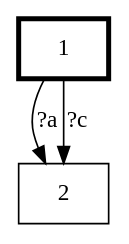
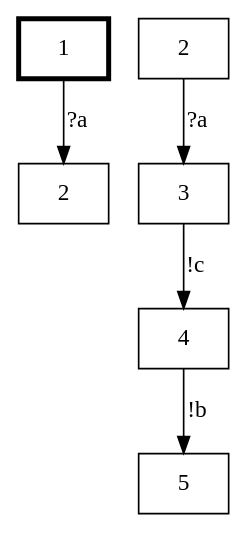
One commit to jetlime/BSP05_Subtyping_Session_Tool changed the diagram in Viewer/tmp/type_cfsm.dot. Above: the diagram before and after it, drawn with Graphviz. The commit also changed other lines of this file and 5 other files, not shown here.

```diff
--- a/Viewer/tmp/type_cfsm.dot
+++ b/Viewer/tmp/type_cfsm.dot
@@ -1,8 +1,33 @@
-digraph ICTS { 
- q1 [shape = "rectangle" label="1" penwidth = 3]; 
- q2 [shape = "rectangle" label="2"]; 
- q1 [shape = "rectangle" label="1" penwidth = 3]; 
- q2 [shape = "rectangle" label="2"]; 
- q1 -> q2 [label="?a"]; 
- q1 -> q2 [label="?c"]; 
- }
+digraph root {
+	node [label="\N"];
+	subgraph ICTS {
+		node [label="\N",
+			penwidth="",
+			shape=""
+		];
+		edge [label=""];
+		q1	[label=1,
+			penwidth=3,
+			shape=rectangle];
+		q2	[label=2,
+			shape=rectangle];
+		q1 -> q2	[label="?a"];
+	}
+	subgraph ICTS_gv1 {
+		node [label="\N",
+			shape=""
+		];
+		edge [label=""];
+		q2_gv1	[label=2,
+			shape=rectangle];
+		q3	[label=3,
+			shape=rectangle];
+		q2_gv1 -> q3	[label="?a"];
+		q4	[label=4,
+			shape=rectangle];
+		q3 -> q4	[label="!c"];
+		q5	[label=5,
+			shape=rectangle];
+		q4 -> q5	[label="!b"];
+	}
+}
```
